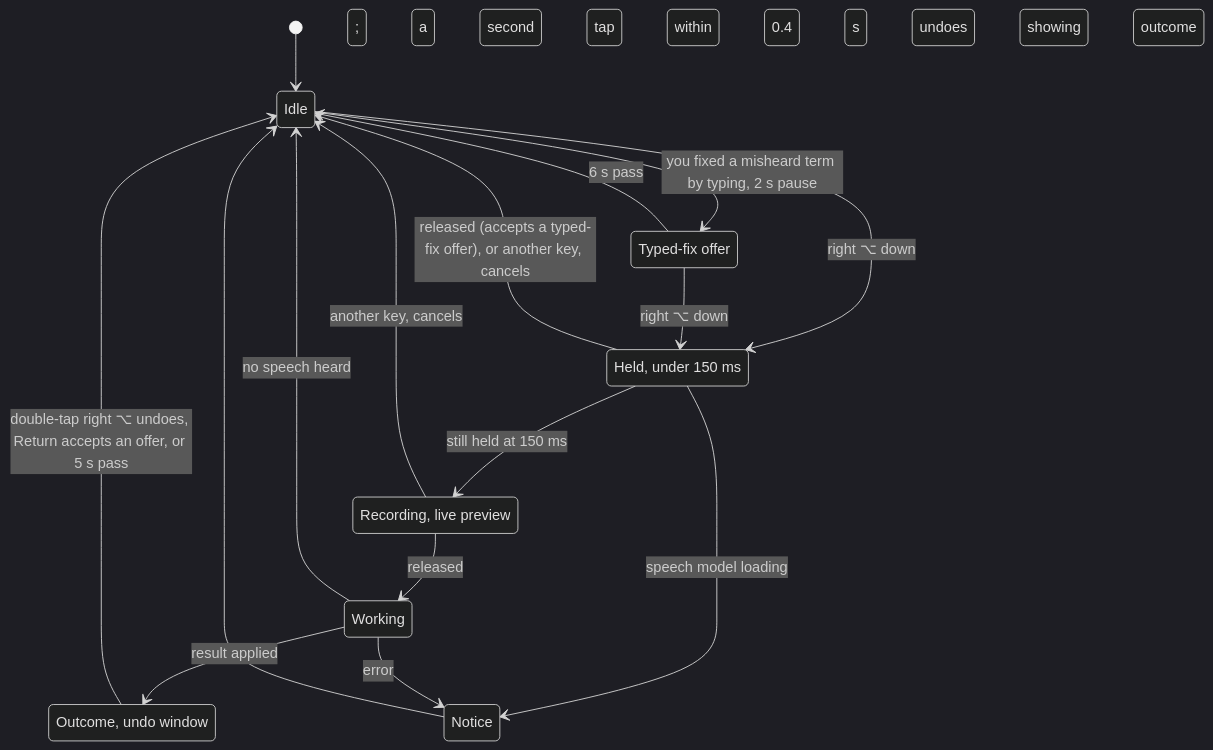
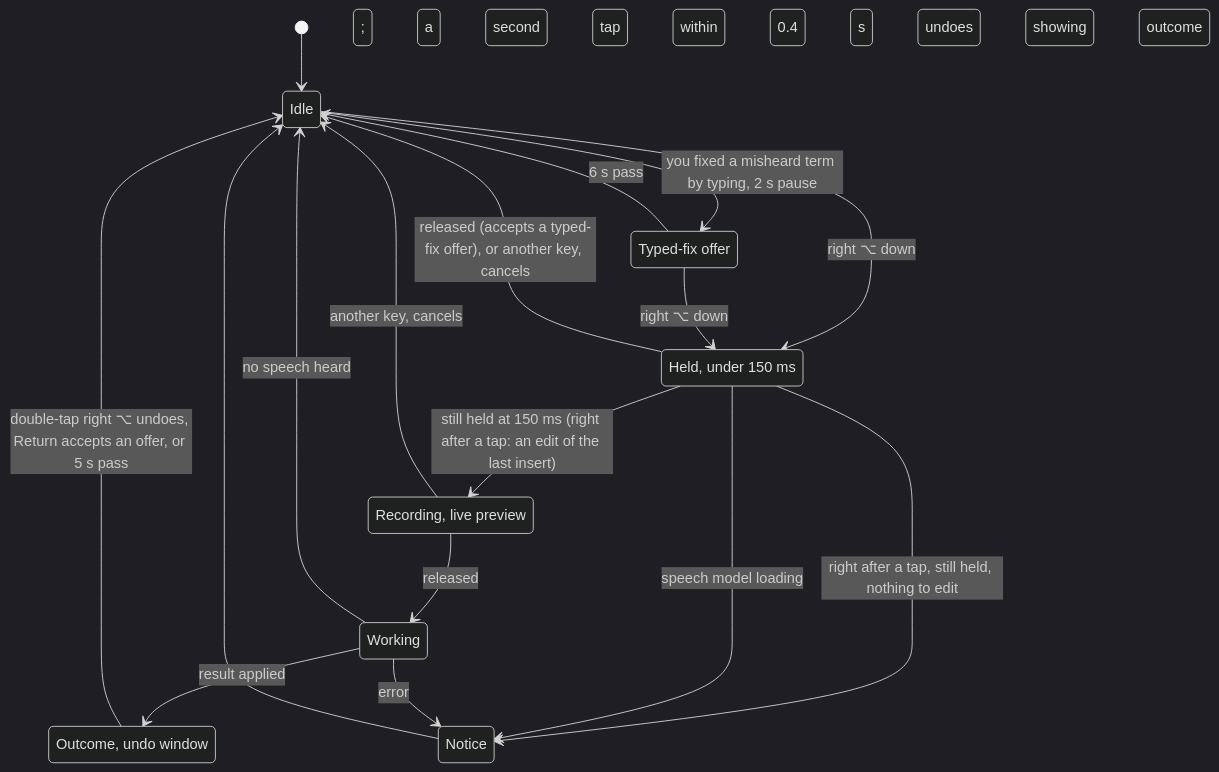
Before and after one commit to thirteen37/PopTalk: the first of 4 diagrams in docs/how-it-works.md, drawn with Mermaid (dark theme). The commit also changed other lines of this file and 8 other files, not shown here.

First line of the commit message:
feat(hotkey): tap, then hold right ⌥ edits the last insert (#110)

````diff
--- a/docs/how-it-works.md
+++ b/docs/how-it-works.md
@@ -18,26 +18,27 @@
 ```mermaid
 stateDiagram-v2
     state "Idle" as Idle
     state "Held, under 150 ms" as Arming
     state "Recording, live preview" as Recording
     state "Working" as Working
     state "Outcome, undo window" as Outcome
     state "Notice" as Notice
     state "Typed-fix offer" as Offer
 
     [*] --> Idle
     Idle --> Arming: right ⌥ down
     Arming --> Idle: released (accepts a typed-fix offer), or another key, cancels; a second tap within 0.4 s undoes a showing outcome
-    Arming --> Recording: still held at 150 ms
+    Arming --> Recording: still held at 150 ms (right after a tap: an edit of the last insert)
+    Arming --> Notice: right after a tap, still held, nothing to edit
     Arming --> Notice: speech model loading
     Recording --> Idle: another key, cancels
     Recording --> Working: released
     Working --> Idle: no speech heard
     Working --> Outcome: result applied
     Working --> Notice: error
     Notice --> Idle
     Outcome --> Idle: double-tap right ⌥ undoes, Return accepts an offer, or 5 s pass
     Idle --> Offer: you fixed a misheard term by typing, 2 s pause
     Offer --> Arming: right ⌥ down
     Offer --> Idle: 6 s pass
 ```
````
